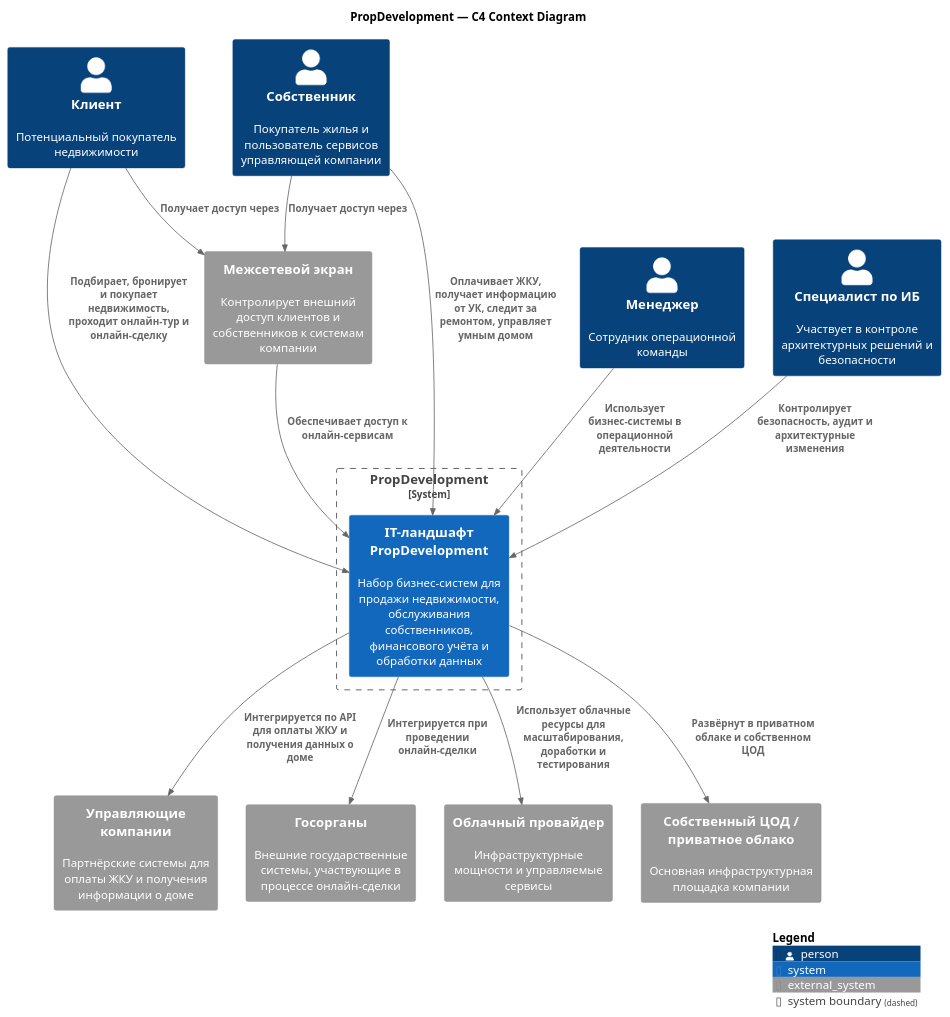
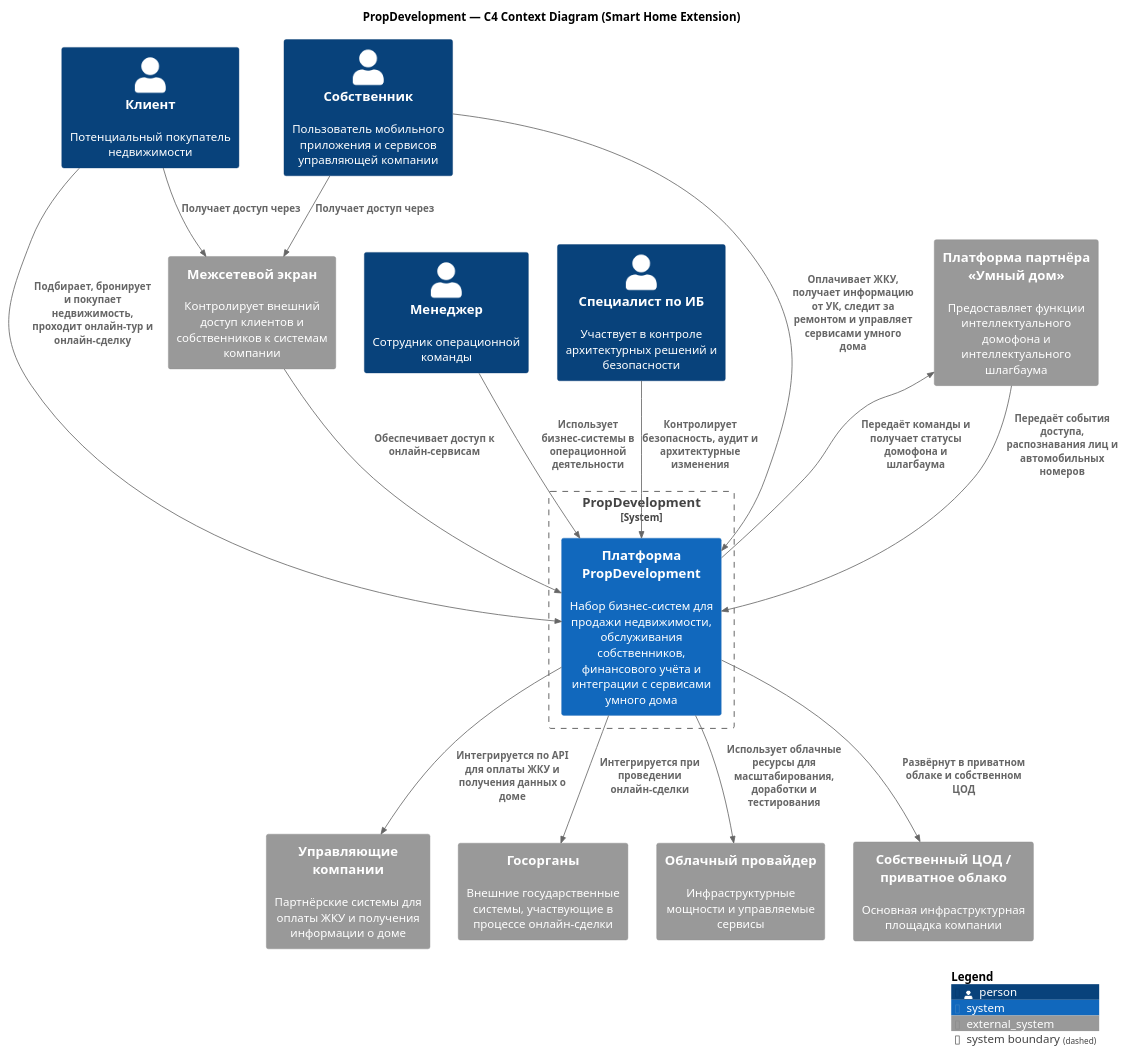
One commit to afjord/architecture-pro-propdevelopment changed the diagram in Task3/С4 context.puml. Above: the diagram before and after it, drawn with PlantUML.

Commit message:
Task3: Actualize C4 Context.

```diff
--- a/Task3/С4 context.puml
+++ b/Task3/С4 context.puml
@@ -1,37 +1,40 @@
 @startuml
 !includeurl https://raw.githubusercontent.com/plantuml-stdlib/C4-PlantUML/master/C4_Context.puml
 
-title PropDevelopment — C4 Context Diagram
+title PropDevelopment — C4 Context Diagram (Smart Home Extension)
 
 Person(customer, "Клиент", "Потенциальный покупатель недвижимости")
-Person(owner, "Собственник", "Покупатель жилья и пользователь сервисов управляющей компании")
+Person(owner, "Собственник", "Пользователь мобильного приложения и сервисов управляющей компании")
 Person(manager, "Менеджер", "Сотрудник операционной команды")
 Person(analyst, "Специалист по ИБ", "Участвует в контроле архитектурных решений и безопасности")
 
 System_Boundary(prop, "PropDevelopment") {
-    System(mainSystem, "IT-ландшафт PropDevelopment", "Набор бизнес-систем для продажи недвижимости, обслуживания собственников, финансового учёта и обработки данных")
+    System(mainSystem, "Платформа PropDevelopment", "Набор бизнес-систем для продажи недвижимости, обслуживания собственников, финансового учёта и интеграции с сервисами умного дома")
 }
 
 System_Ext(mc, "Управляющие компании", "Партнёрские системы для оплаты ЖКУ и получения информации о доме")
 System_Ext(gov, "Госорганы", "Внешние государственные системы, участвующие в процессе онлайн-сделки")
 System_Ext(cloud, "Облачный провайдер", "Инфраструктурные мощности и управляемые сервисы")
 System_Ext(dc, "Собственный ЦОД / приватное облако", "Основная инфраструктурная площадка компании")
 System_Ext(firewall, "Межсетевой экран", "Контролирует внешний доступ клиентов и собственников к системам компании")
+System_Ext(smartHomePlatform, "Платформа партнёра «Умный дом»", "Предоставляет функции интеллектуального домофона и интеллектуального шлагбаума")
 
 Rel(customer, firewall, "Получает доступ через")
 Rel(owner, firewall, "Получает доступ через")
 
 Rel(firewall, mainSystem, "Обеспечивает доступ к онлайн-сервисам")
 
 Rel(customer, mainSystem, "Подбирает, бронирует и покупает недвижимость, проходит онлайн-тур и онлайн-сделку")
-Rel(owner, mainSystem, "Оплачивает ЖКУ, получает информацию от УК, следит за ремонтом, управляет умным домом")
+Rel(owner, mainSystem, "Оплачивает ЖКУ, получает информацию от УК, следит за ремонтом и управляет сервисами умного дома")
 Rel(manager, mainSystem, "Использует бизнес-системы в операционной деятельности")
 Rel(analyst, mainSystem, "Контролирует безопасность, аудит и архитектурные изменения")
 
 Rel(mainSystem, mc, "Интегрируется по API для оплаты ЖКУ и получения данных о доме")
 Rel(mainSystem, gov, "Интегрируется при проведении онлайн-сделки")
 Rel(mainSystem, cloud, "Использует облачные ресурсы для масштабирования, доработки и тестирования")
 Rel(mainSystem, dc, "Развёрнут в приватном облаке и собственном ЦОД")
+Rel(mainSystem, smartHomePlatform, "Передаёт команды и получает статусы домофона и шлагбаума")
+Rel(smartHomePlatform, mainSystem, "Передаёт события доступа, распознавания лиц и автомобильных номеров")
 
 SHOW_LEGEND()
 @enduml
```
